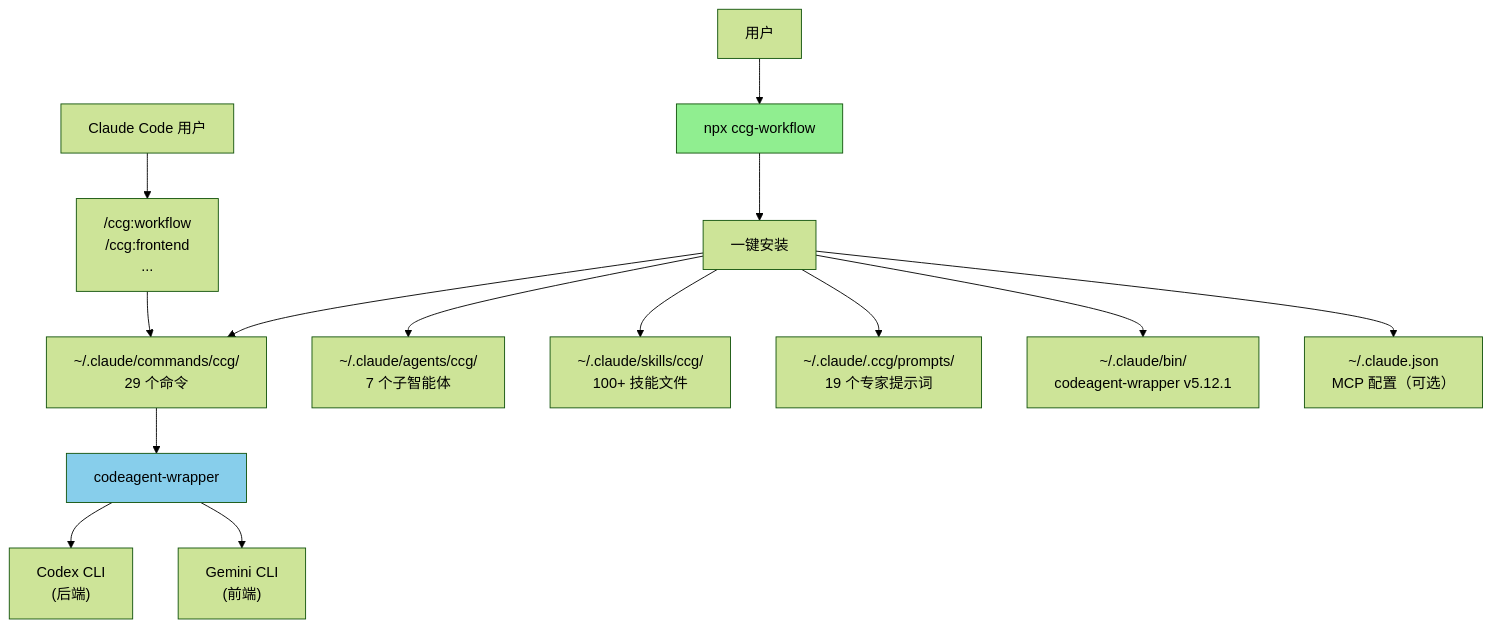
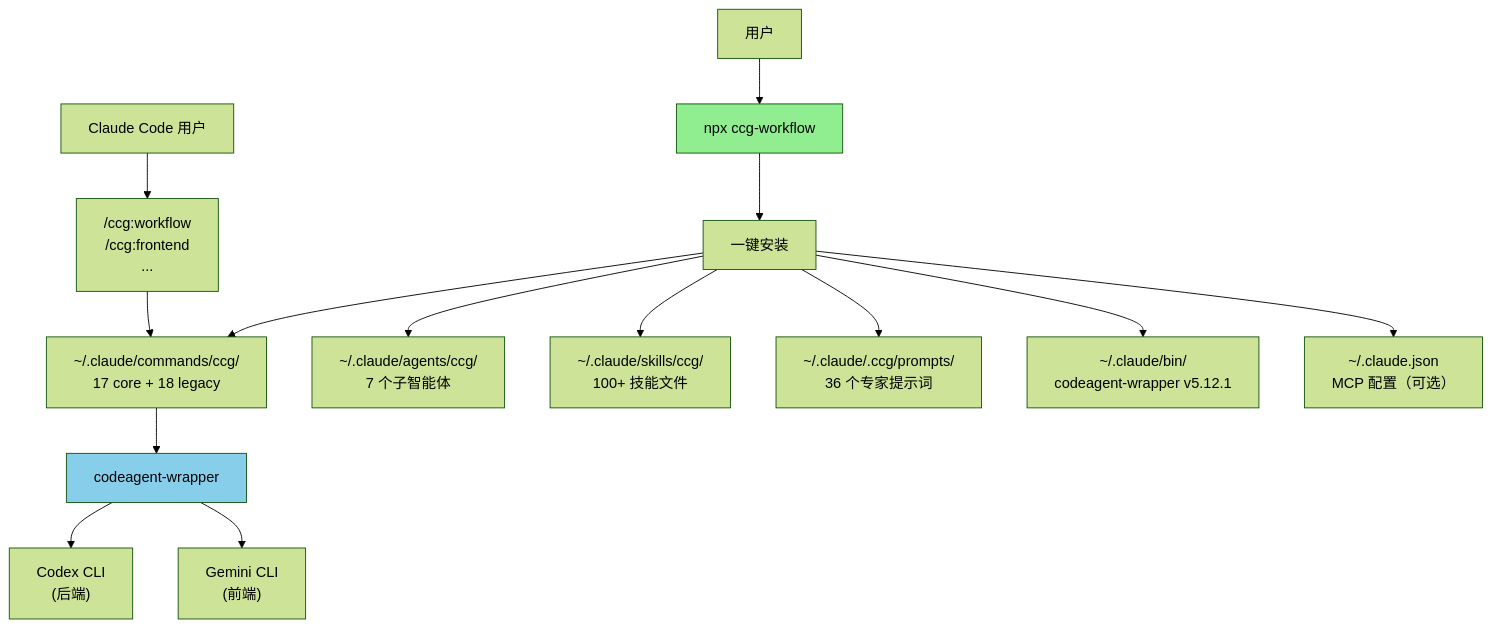
The diagram in CLAUDE.md (jed-zed/ccg-gptpro-worflow), drawn with Mermaid (forest theme) before and after one commit. The commit also changed other lines of this file and 9 other files, not shown here.

````diff
--- a/CLAUDE.md
+++ b/CLAUDE.md
@@ -604,22 +627,22 @@
 ```mermaid
 graph TD
     User["用户"] --> CLI["npx ccg-workflow"]
     CLI --> Init["一键安装"]
 
-    Init --> Commands["~/.claude/commands/ccg/<br/>29 个命令"]
+    Init --> Commands["~/.claude/commands/ccg/<br/>17 core + 18 legacy"]
     Init --> Agents["~/.claude/agents/ccg/<br/>7 个子智能体"]
     Init --> Skills["~/.claude/skills/ccg/<br/>100+ 技能文件"]
-    Init --> Prompts["~/.claude/.ccg/prompts/<br/>19 个专家提示词"]
+    Init --> Prompts["~/.claude/.ccg/prompts/<br/>36 个专家提示词"]
     Init --> Binary["~/.claude/bin/<br/>codeagent-wrapper v5.12.1"]
     Init --> MCP["~/.claude.json<br/>MCP 配置（可选）"]
 
     User2["Claude Code 用户"] --> SlashCmd["/ccg:workflow<br/>/ccg:frontend<br/>..."]
     SlashCmd --> Commands
 
     Commands --> Wrapper["codeagent-wrapper"]
     Wrapper --> Codex["Codex CLI<br/>(后端)"]
     Wrapper --> Gemini["Gemini CLI<br/>(前端)"]
 
     style CLI fill:#90EE90
     style Wrapper fill:#87CEEB
 ```
````
